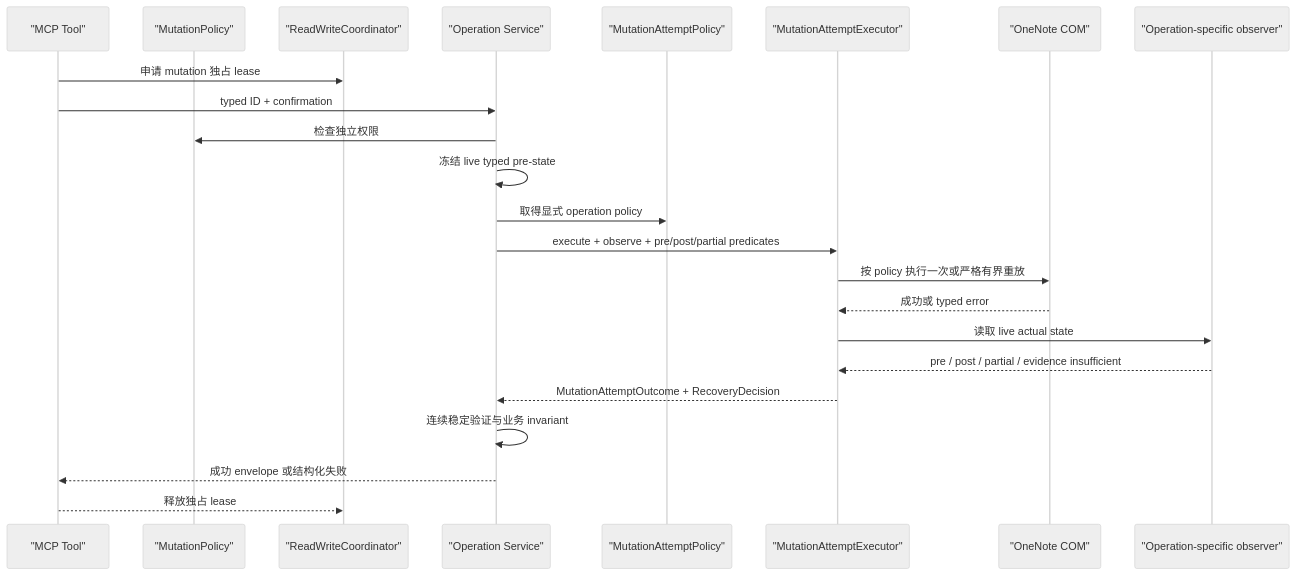
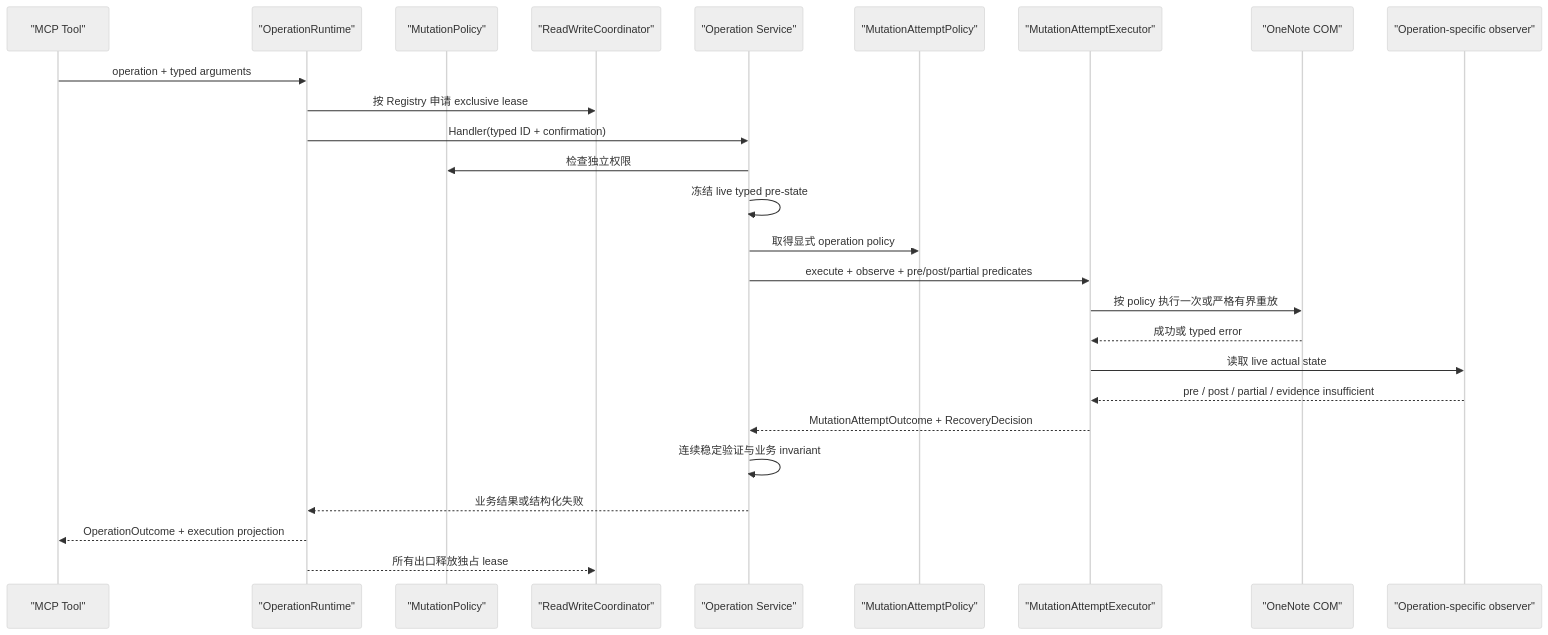
Before and after one commit to Kaomsos/onenote-com-mcp: the diagram in docs/design/mutation_readiness_and_call_design.md, drawn with Mermaid (neutral theme). The commit also changed other lines of this file and 63 other files, not shown here.

Commit message:
feat: add operation runtime control plane

````diff
--- a/docs/design/mutation_readiness_and_call_design.md
+++ b/docs/design/mutation_readiness_and_call_design.md
@@ -74,26 +74,29 @@
 ```mermaid
 sequenceDiagram
     participant Tool as "MCP Tool"
+    participant Runtime as "OperationRuntime"
     participant Gate as "MutationPolicy"
     participant Coord as "ReadWriteCoordinator"
     participant Service as "Operation Service"
     participant Contract as "MutationAttemptPolicy"
     participant Control as "MutationAttemptExecutor"
     participant COM as "OneNote COM"
     participant Observer as "Operation-specific observer"
 
-    Tool->>Coord: 申请 mutation 独占 lease
-    Tool->>Service: typed ID + confirmation
+    Tool->>Runtime: operation + typed arguments
+    Runtime->>Coord: 按 Registry 申请 exclusive lease
+    Runtime->>Service: Handler(typed ID + confirmation)
     Service->>Gate: 检查独立权限
     Service->>Service: 冻结 live typed pre-state
     Service->>Contract: 取得显式 operation policy
     Service->>Control: execute + observe + pre/post/partial predicates
     Control->>COM: 按 policy 执行一次或严格有界重放
     COM-->>Control: 成功或 typed error
     Control->>Observer: 读取 live actual state
     Observer-->>Control: pre / post / partial / evidence insufficient
     Control-->>Service: MutationAttemptOutcome + RecoveryDecision
     Service->>Service: 连续稳定验证与业务 invariant
-    Service-->>Tool: 成功 envelope 或结构化失败
-    Tool-->>Coord: 释放独占 lease
+    Service-->>Runtime: 业务结果或结构化失败
+    Runtime-->>Tool: OperationOutcome + execution projection
+    Runtime-->>Coord: 所有出口释放独占 lease
 ```
````
